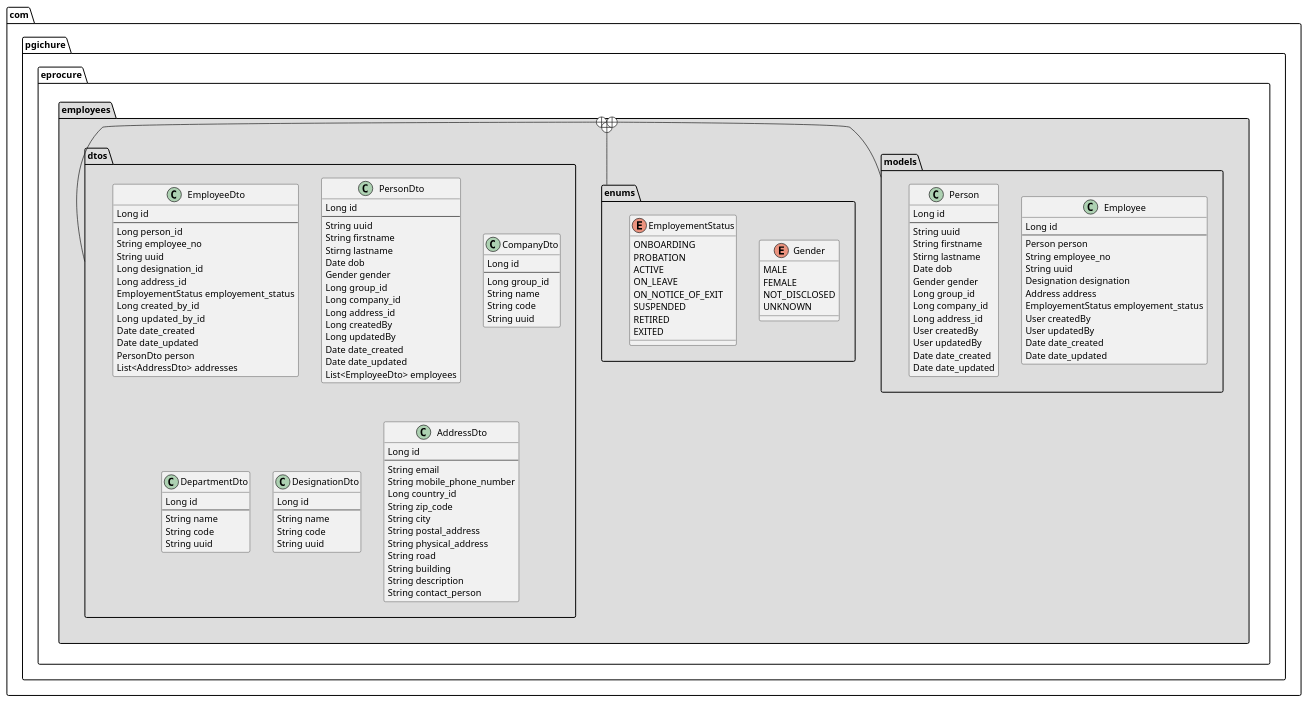
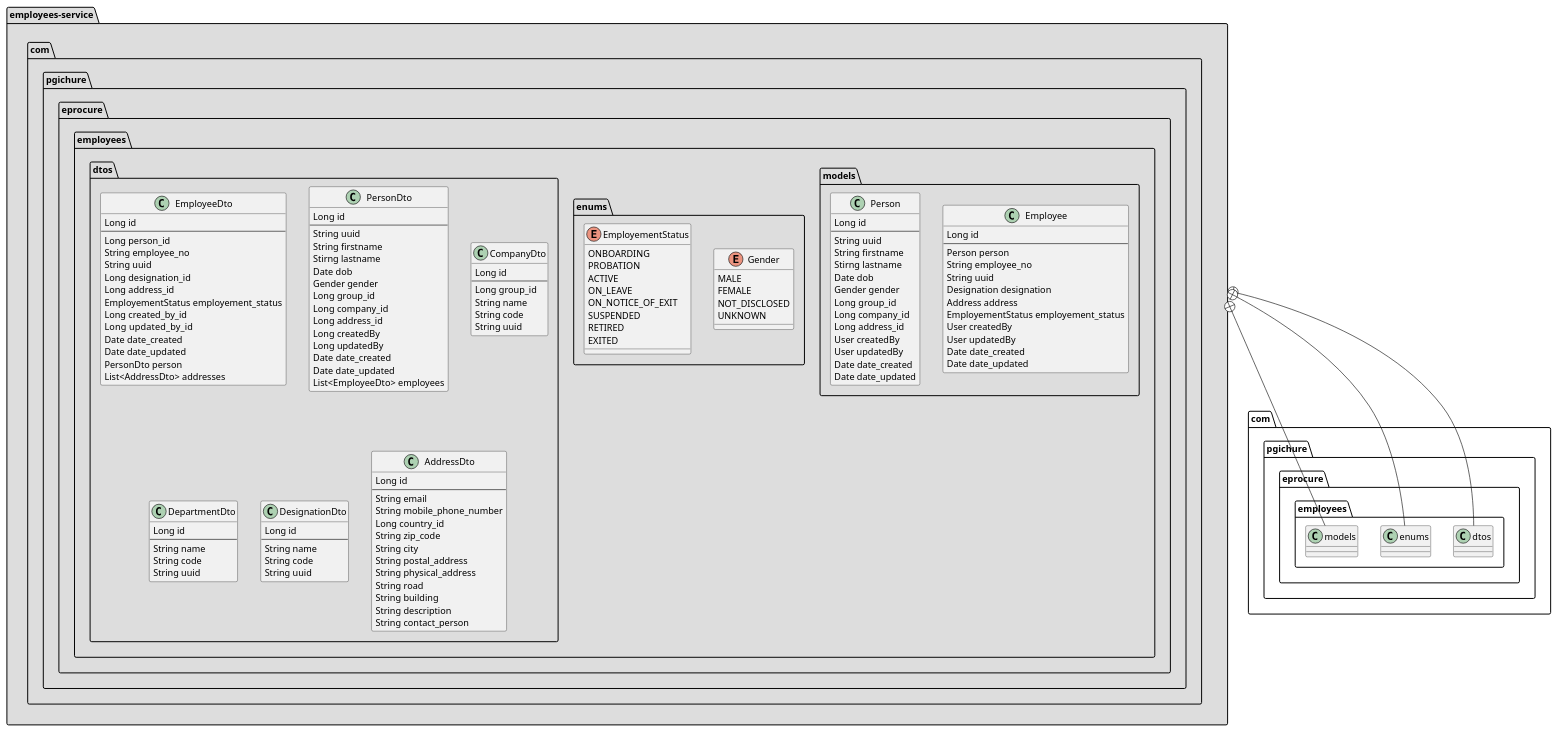
One commit to Gichure/e-procure changed the diagram in documents/employees-service/class-diagram.plantuml. Above: the diagram before and after it, drawn with PlantUML.

```diff
--- a/documents/employees-service/class-diagram.plantuml
+++ b/documents/employees-service/class-diagram.plantuml
@@ -1,154 +1,154 @@
 @startuml
-package "com.pgichure.eprocure.employees" #DDDDDD {
+package "employees-service" #DDDDDD {
 
   package com.pgichure.eprocure.employees.models{
 
 class Employee
 {
 Long id
 --
 Person person
 String employee_no
 String uuid
 Designation designation
 Address address
 EmployementStatus employement_status 
 User createdBy
 User updatedBy
 Date date_created
 Date date_updated
 }
 
 class Person
 {
 Long id
 --
 String uuid
 String firstname
 Stirng lastname
 Date dob
 Gender gender
 Long group_id
 Long company_id
 Long address_id
 User createdBy
 User updatedBy
 Date date_created
 Date date_updated
 }
   }
 
 package com.pgichure.eprocure.employees.enums{
 
 enum  Gender
 {
 MALE
 FEMALE
 NOT_DISCLOSED
 UNKNOWN
 }
 
 enum  EmployementStatus{
 ONBOARDING
 PROBATION
 ACTIVE
 ON_LEAVE
 ON_NOTICE_OF_EXIT
 SUSPENDED
 RETIRED
 EXITED
 }
 
   }
 
 package com.pgichure.eprocure.employees.dtos{
 
 class EmployeeDto
 {
 Long id
 --
 Long person_id
 String employee_no
 String uuid
 Long designation_id
 Long address_id
 EmployementStatus employement_status 
 Long created_by_id
 Long  updated_by_id
 Date date_created
 Date date_updated
 PersonDto person
 List<AddressDto> addresses
 }
 
 class PersonDto
 {
 Long id
 --
 String uuid
 String firstname
 Stirng lastname
 Date dob
 Gender gender
 Long group_id
 Long company_id
 Long address_id
 Long createdBy
 Long updatedBy
 Date date_created
 Date date_updated
 List<EmployeeDto> employees
 }
 
 class CompanyDto
 {
 Long id
 --
 Long group_id
 String name
 String code
 String uuid
 }
 
 class DepartmentDto
 {
 Long id
 --
 String name
 String code
 String uuid
 }
 
 class DesignationDto
 {
 Long id
 --
 String name
 String code
 String uuid
 }
 
 class AddressDto
 {
 Long id
 --
 String email
 String mobile_phone_number
 Long country_id
 String zip_code
 String city
 String postal_address
 String physical_address
 String road
 String building
 String description
 String contact_person
 }
 
   }
 }
-com.pgichure.eprocure.employees +-- com.pgichure.eprocure.employees.dtos
-com.pgichure.eprocure.employees +-- com.pgichure.eprocure.employees.enums
-com.pgichure.eprocure.employees +-- com.pgichure.eprocure.employees.models
+"employees-service" +-- com.pgichure.eprocure.employees.dtos
+"employees-service" +-- com.pgichure.eprocure.employees.enums
+"employees-service" +-- com.pgichure.eprocure.employees.models
 
 @enduml
```
